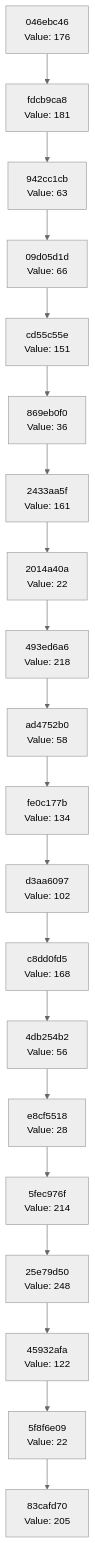
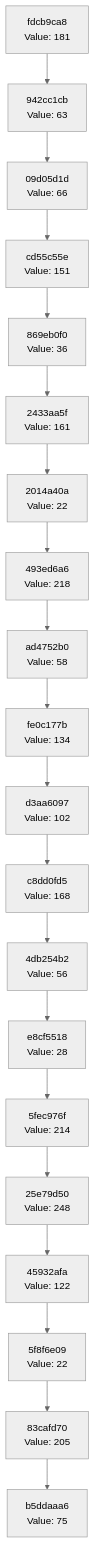
Before and after one commit to Abhisheksinha1506/hash-chain-evolver: the diagram in docs/CHAIN_VISUALIZATION.md, drawn with Mermaid (neutral theme). The commit also changed 1 other file, not shown here.

Commit message:
Evolution step: hash 0x4B → action executed

````diff
--- a/docs/CHAIN_VISUALIZATION.md
+++ b/docs/CHAIN_VISUALIZATION.md
@@ -3,42 +3,42 @@
 ```mermaid
 graph TD
-    C0["83cafd70<br/>Value: 205"]
-    C1["5f8f6e09<br/>Value: 22"]
+    C0["b5ddaaa6<br/>Value: 75"]
+    C1["83cafd70<br/>Value: 205"]
     C1 --> C0
-    C2["45932afa<br/>Value: 122"]
+    C2["5f8f6e09<br/>Value: 22"]
     C2 --> C1
-    C3["25e79d50<br/>Value: 248"]
+    C3["45932afa<br/>Value: 122"]
     C3 --> C2
-    C4["5fec976f<br/>Value: 214"]
+    C4["25e79d50<br/>Value: 248"]
     C4 --> C3
-    C5["e8cf5518<br/>Value: 28"]
+    C5["5fec976f<br/>Value: 214"]
     C5 --> C4
-    C6["4db254b2<br/>Value: 56"]
+    C6["e8cf5518<br/>Value: 28"]
     C6 --> C5
-    C7["c8dd0fd5<br/>Value: 168"]
+    C7["4db254b2<br/>Value: 56"]
     C7 --> C6
-    C8["d3aa6097<br/>Value: 102"]
+    C8["c8dd0fd5<br/>Value: 168"]
     C8 --> C7
-    C9["fe0c177b<br/>Value: 134"]
+    C9["d3aa6097<br/>Value: 102"]
     C9 --> C8
-    C10["ad4752b0<br/>Value: 58"]
+    C10["fe0c177b<br/>Value: 134"]
     C10 --> C9
-    C11["493ed6a6<br/>Value: 218"]
+    C11["ad4752b0<br/>Value: 58"]
     C11 --> C10
-    C12["2014a40a<br/>Value: 22"]
+    C12["493ed6a6<br/>Value: 218"]
     C12 --> C11
-    C13["2433aa5f<br/>Value: 161"]
+    C13["2014a40a<br/>Value: 22"]
     C13 --> C12
-    C14["869eb0f0<br/>Value: 36"]
+    C14["2433aa5f<br/>Value: 161"]
     C14 --> C13
-    C15["cd55c55e<br/>Value: 151"]
+    C15["869eb0f0<br/>Value: 36"]
     C15 --> C14
-    C16["09d05d1d<br/>Value: 66"]
+    C16["cd55c55e<br/>Value: 151"]
     C16 --> C15
-    C17["942cc1cb<br/>Value: 63"]
+    C17["09d05d1d<br/>Value: 66"]
     C17 --> C16
-    C18["fdcb9ca8<br/>Value: 181"]
+    C18["942cc1cb<br/>Value: 63"]
     C18 --> C17
-    C19["046ebc46<br/>Value: 176"]
+    C19["fdcb9ca8<br/>Value: 181"]
     C19 --> C18
 ```
````
